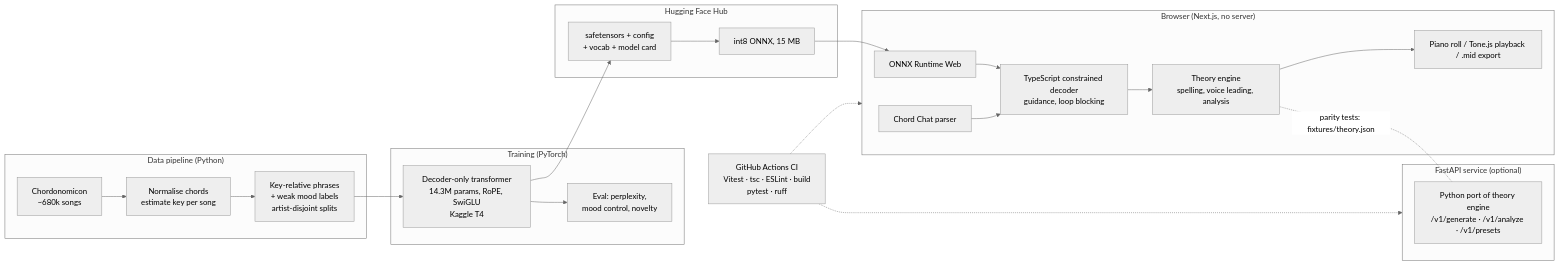
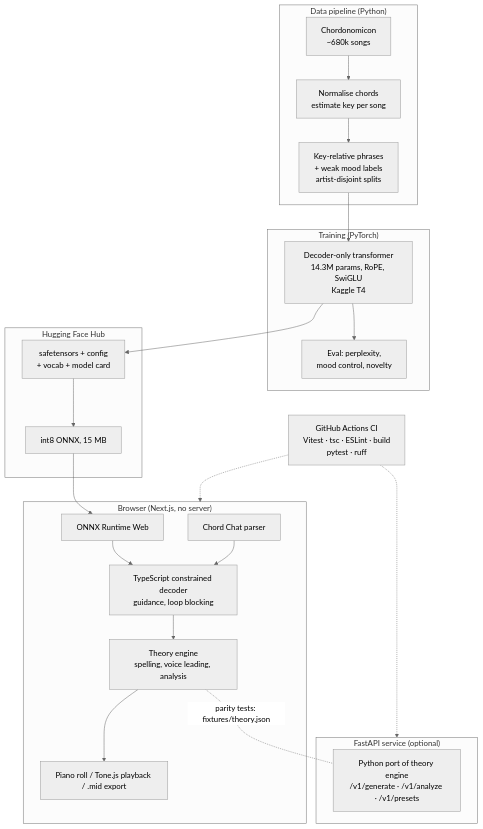
One commit to ckeen302/ChordCraft changed the diagram in README.md. Above: the diagram before and after it, drawn with Mermaid (neutral theme).

Commit message:
Lay out the architecture diagram top-down so it is readable

````diff
--- a/README.md
+++ b/README.md
@@ -32,28 +32,28 @@
 ```mermaid
-flowchart LR
+flowchart TB
     subgraph Data["Data pipeline (Python)"]
         A[Chordonomicon<br/>~680k songs] --> B[Normalise chords<br/>estimate key per song]
         B --> C[Key-relative phrases<br/>+ weak mood labels<br/>artist-disjoint splits]
     end
     subgraph Train["Training (PyTorch)"]
         C --> D[Decoder-only transformer<br/>14.3M params, RoPE, SwiGLU<br/>Kaggle T4]
         D --> E[Eval: perplexity,<br/>mood control, novelty]
     end
     subgraph Hub["Hugging Face Hub"]
         D --> F[safetensors + config<br/>+ vocab + model card]
         F --> G[int8 ONNX, 15 MB]
     end
     subgraph Browser["Browser (Next.js, no server)"]
         G --> H[ONNX Runtime Web]
         H --> I[TypeScript constrained decoder<br/>guidance, loop blocking]
         J[Chord Chat parser] --> I
         I --> K[Theory engine<br/>spelling, voice leading, analysis]
         K --> L[Piano roll / Tone.js playback / .mid export]
     end
     subgraph API["FastAPI service (optional)"]
         M[Python port of theory engine<br/>/v1/generate · /v1/analyze · /v1/presets]
     end
     K -.-|"parity tests: fixtures/theory.json"| M
     N[GitHub Actions CI<br/>Vitest · tsc · ESLint · build<br/>pytest · ruff] -.-> Browser
     N -.-> API
 ```
````
